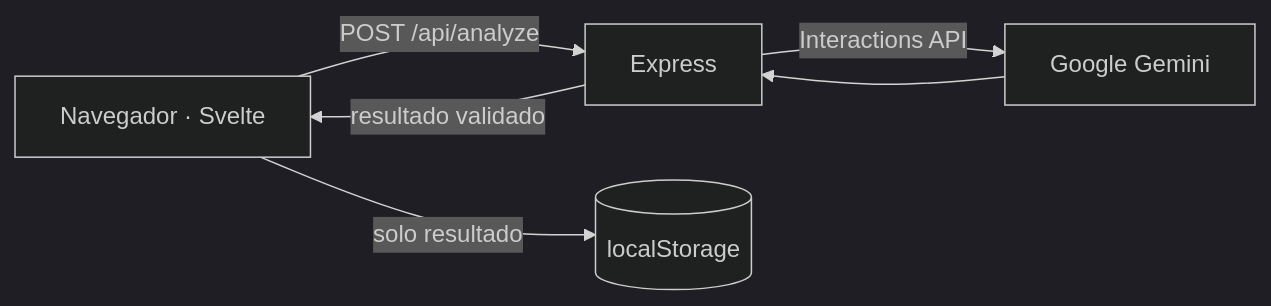
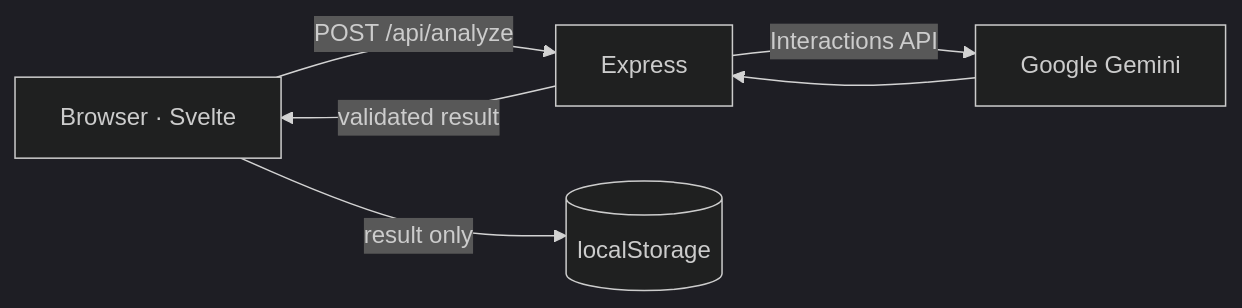
Before and after one commit to Alfonso-13/AI-Text-Analyzer: the first of 2 diagrams in DEV.md, drawn with Mermaid (dark theme). The commit also changed other lines of this file and 1 other file, not shown here.

````diff
--- a/DEV.md
+++ b/DEV.md
@@ -5,8 +16,8 @@
 ```mermaid
 flowchart LR
-  Browser[Navegador · Svelte] -->|POST /api/analyze| API[Express]
+  Browser[Browser · Svelte] -->|POST /api/analyze| API[Express]
   API -->|Interactions API| Gemini[Google Gemini]
   Gemini --> API
-  API -->|resultado validado| Browser
-  Browser -->|solo resultado| Storage[(localStorage)]
+  API -->|validated result| Browser
+  Browser -->|result only| Storage[(localStorage)]
 ```
````
